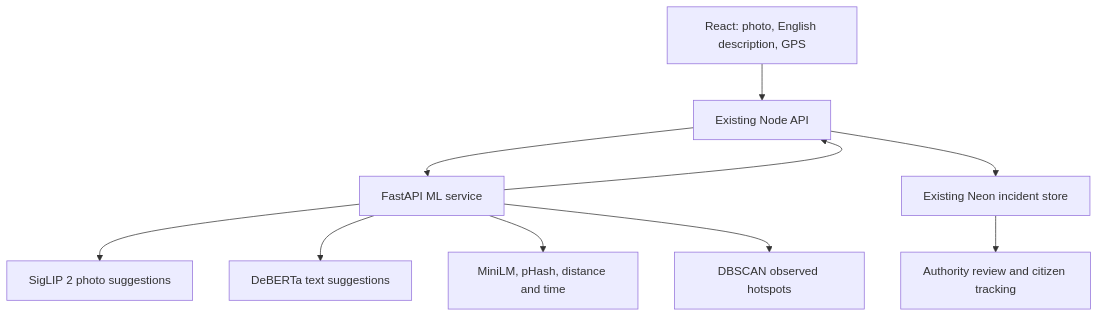
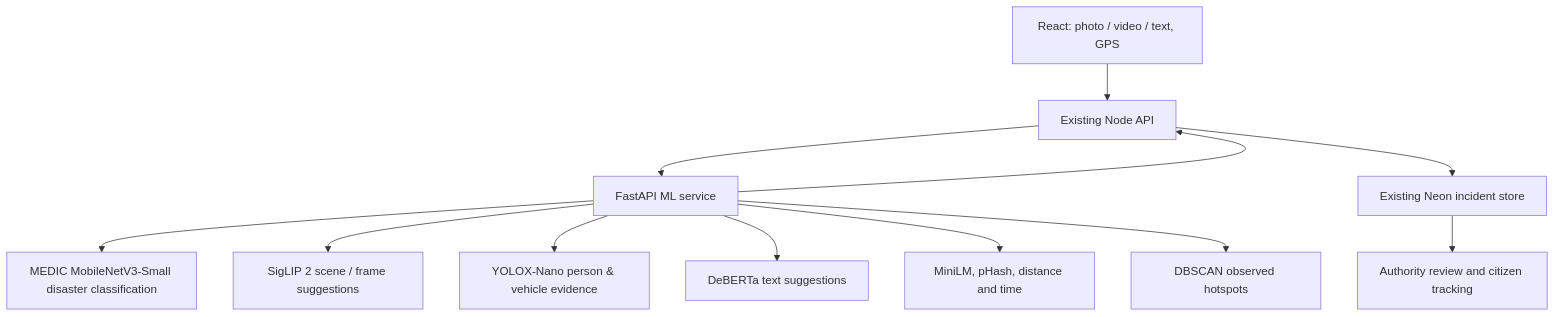
One commit to Arfaa26/RapidResQ changed the diagram in docs/ML_UPGRADE.md. Above: the diagram before and after it, drawn with Mermaid. The commit also changed other lines of this file and 49 other files, not shown here.

Commit message:
Integrate MEDIC disaster photo classifier, YOLOX object evidence and video frame ML

````diff
--- a/docs/ML_UPGRADE.md
+++ b/docs/ML_UPGRADE.md
@@ -7,12 +7,14 @@
 ```mermaid
 flowchart TD
-  A[React: photo, English description, GPS] --> B[Existing Node API]
+  A["React: photo / video / text, GPS"] --> B[Existing Node API]
   B --> C[FastAPI ML service]
-  C --> D[SigLIP 2 photo suggestions]
+  C --> D1[MEDIC MobileNetV3-Small disaster classification]
+  C --> D2[SigLIP 2 scene / frame suggestions]
+  C --> D3[YOLOX-Nano person & vehicle evidence]
   C --> E[DeBERTa text suggestions]
   C --> F[MiniLM, pHash, distance and time]
   C --> G[DBSCAN observed hotspots]
   C --> B
   B --> H[Existing Neon incident store]
   H --> I[Authority review and citizen tracking]
 ```
````
